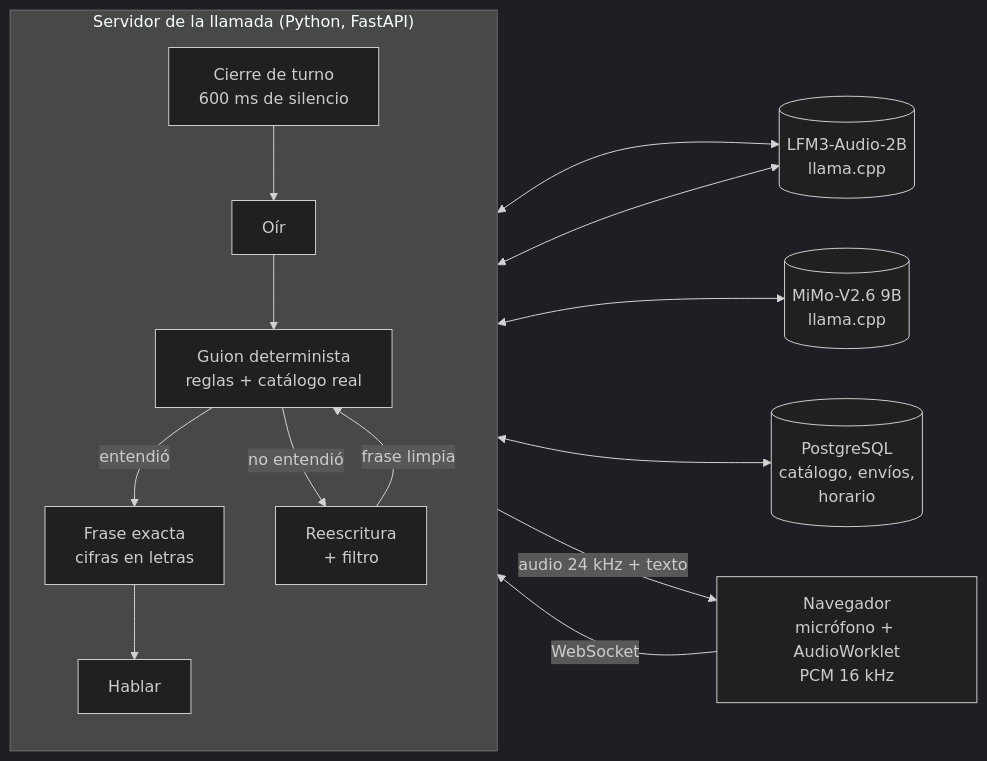
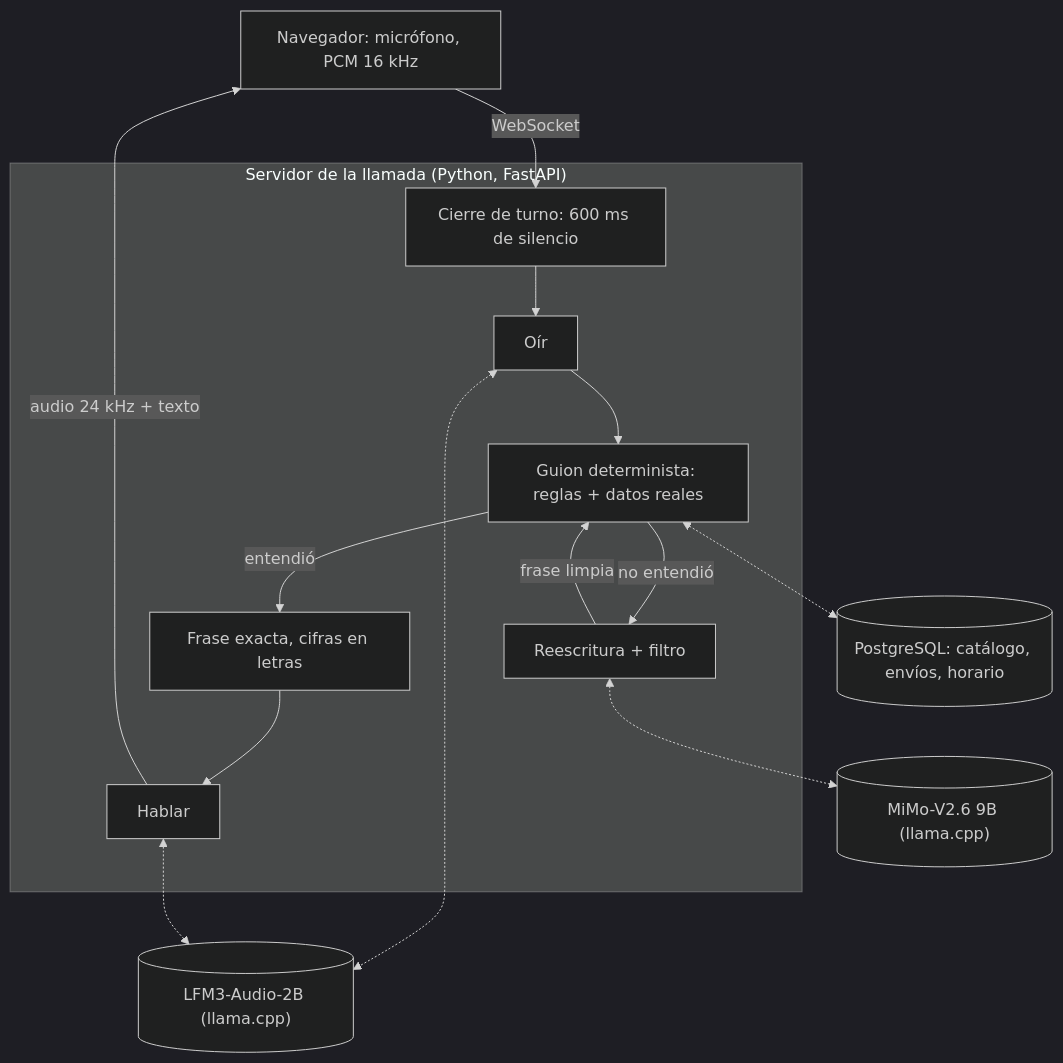
The first of 4 diagrams in index.md (MaoDev22/asistente-de-voz-cerebro-gigante), drawn with Mermaid (dark theme) before and after one commit.

Commit message:
Diagrama de arquitectura en vertical, más legible

```diff
--- a/index.md
+++ b/index.md
@@ -43,18 +43,18 @@
 <pre class="mermaid">
-flowchart LR
-    N["Navegador<br/>micrófono + AudioWorklet<br/>PCM 16 kHz"] -- "WebSocket" --> S
+flowchart TB
+    N["Navegador: micrófono, PCM 16 kHz"]
+    N -- "WebSocket" --> T
     subgraph S["Servidor de la llamada (Python, FastAPI)"]
-        direction TB
-        T["Cierre de turno<br/>600 ms de silencio"] --> O["Oír"]
-        O --> G["Guion determinista<br/>reglas + catálogo real"]
-        G -- "entendió" --> R["Frase exacta<br/>cifras en letras"]
-        G -- "no entendió" --> W["Reescritura<br/>+ filtro"]
+        T["Cierre de turno: 600 ms de silencio"] --> O["Oír"]
+        O --> G["Guion determinista: reglas + datos reales"]
+        G -- "no entendió" --> W["Reescritura + filtro"]
         W -- "frase limpia" --> G
+        G -- "entendió" --> R["Frase exacta, cifras en letras"]
         R --> H["Hablar"]
     end
-    O <--> A[("LFM3-Audio-2B<br/>llama.cpp")]
-    H <--> A
-    W <--> M[("MiMo-V2.6 9B<br/>llama.cpp")]
-    G <--> D[("PostgreSQL<br/>catálogo, envíos,<br/>horario")]
+    O <-.-> A[("LFM3-Audio-2B (llama.cpp)")]
+    H <-.-> A
+    W <-.-> M[("MiMo-V2.6 9B (llama.cpp)")]
+    G <-.-> D[("PostgreSQL: catálogo, envíos, horario")]
     H -- "audio 24 kHz + texto" --> N
 </pre>
```
